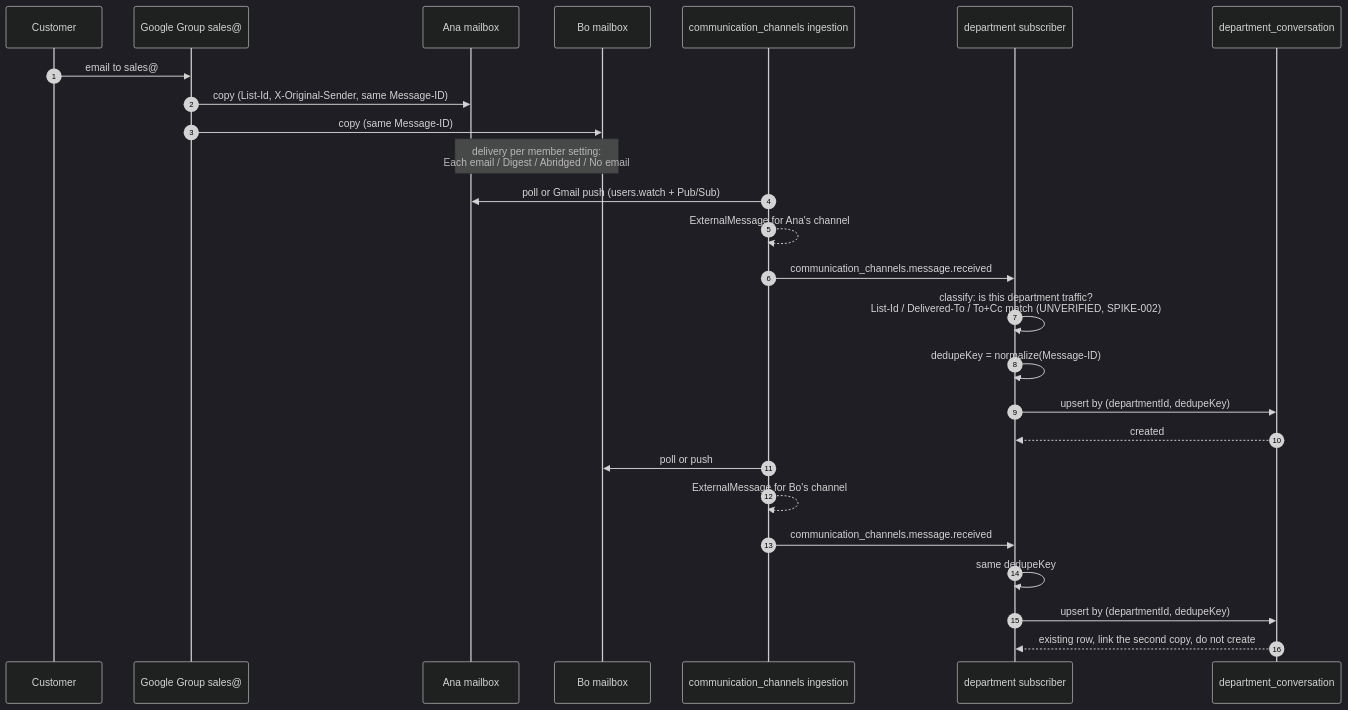
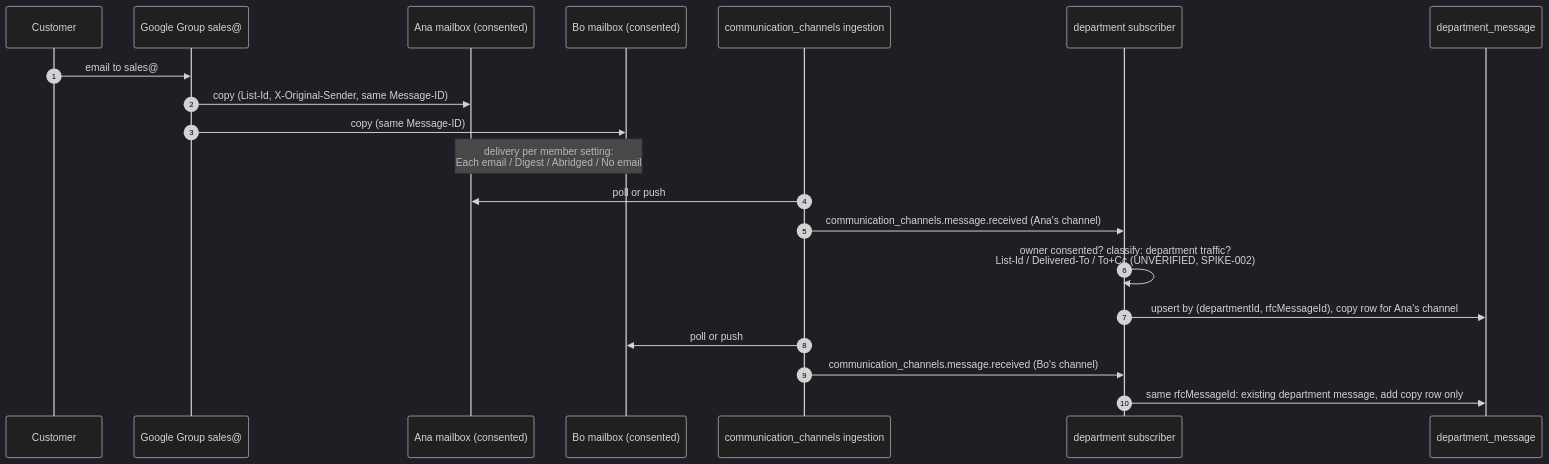
One commit to open-mercato/open-mercato changed the third of 5 diagrams in .ai/specs/2026-09-20-department-mailboxes.md. Above: the diagram before and after it, drawn with Mermaid (dark theme). The commit also changed other lines of this file and 1 other file, not shown here.

First line of the commit message:
docs(specs): department mailboxes revision 2 after review

````diff
--- a/.ai/specs/2026-09-20-department-mailboxes.md
+++ b/.ai/specs/2026-09-20-department-mailboxes.md
@@ -225,29 +280,23 @@
 ```mermaid
 sequenceDiagram
   autonumber
   participant C as Customer
   participant G as Google Group sales@
-  participant MA as Ana mailbox
-  participant MB as Bo mailbox
+  participant MA as Ana mailbox (consented)
+  participant MB as Bo mailbox (consented)
   participant H as communication_channels ingestion
   participant S as department subscriber
-  participant DB as department_conversation
+  participant DB as department_message
 
   C->>G: email to sales@
   G->>MA: copy (List-Id, X-Original-Sender, same Message-ID)
   G->>MB: copy (same Message-ID)
   Note over MA,MB: delivery per member setting:<br/>Each email / Digest / Abridged / No email
-  H->>MA: poll or Gmail push (users.watch + Pub/Sub)
-  H-->>H: ExternalMessage for Ana's channel
-  H->>S: communication_channels.message.received
-  S->>S: classify: is this department traffic?<br/>List-Id / Delivered-To / To+Cc match (UNVERIFIED, SPIKE-002)
-  S->>S: dedupeKey = normalize(Message-ID)
-  S->>DB: upsert by (departmentId, dedupeKey)
-  DB-->>S: created
+  H->>MA: poll or push
+  H->>S: communication_channels.message.received (Ana's channel)
+  S->>S: owner consented? classify: department traffic?<br/>List-Id / Delivered-To / To+Cc (UNVERIFIED, SPIKE-002)
+  S->>DB: upsert by (departmentId, rfcMessageId), copy row for Ana's channel
   H->>MB: poll or push
-  H-->>H: ExternalMessage for Bo's channel
-  H->>S: communication_channels.message.received
-  S->>S: same dedupeKey
-  S->>DB: upsert by (departmentId, dedupeKey)
-  DB-->>S: existing row, link the second copy, do not create
+  H->>S: communication_channels.message.received (Bo's channel)
+  S->>DB: same rfcMessageId: existing department message, add copy row only
 ```
````
